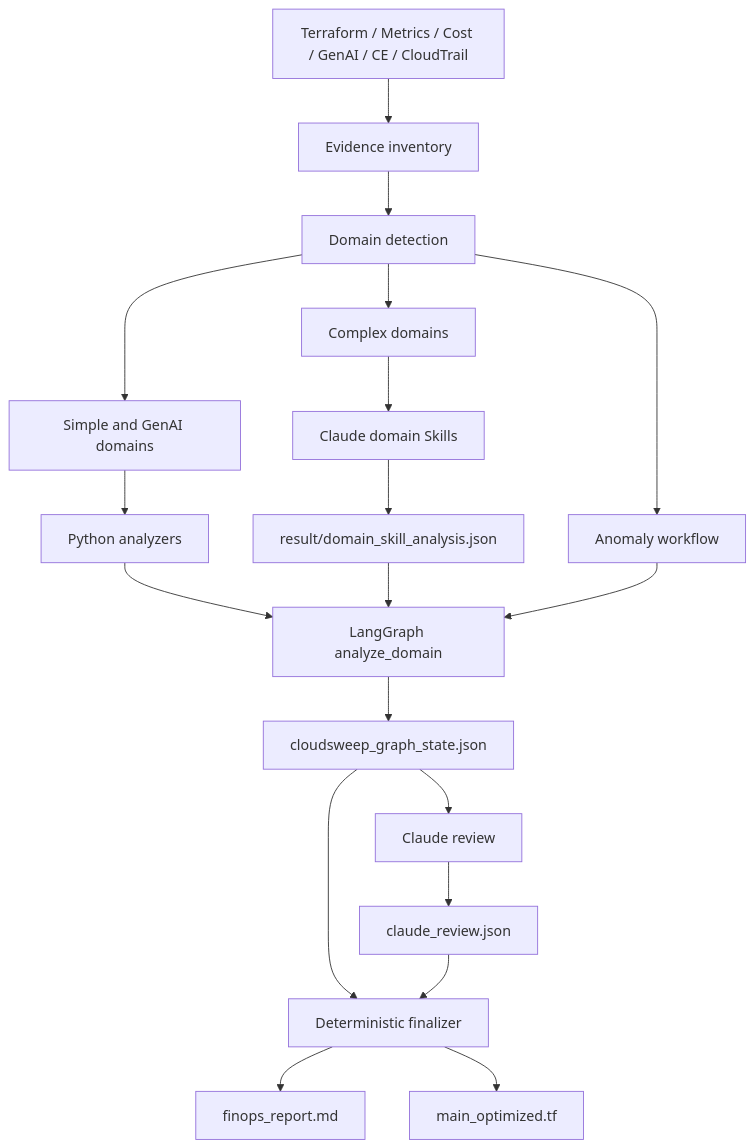
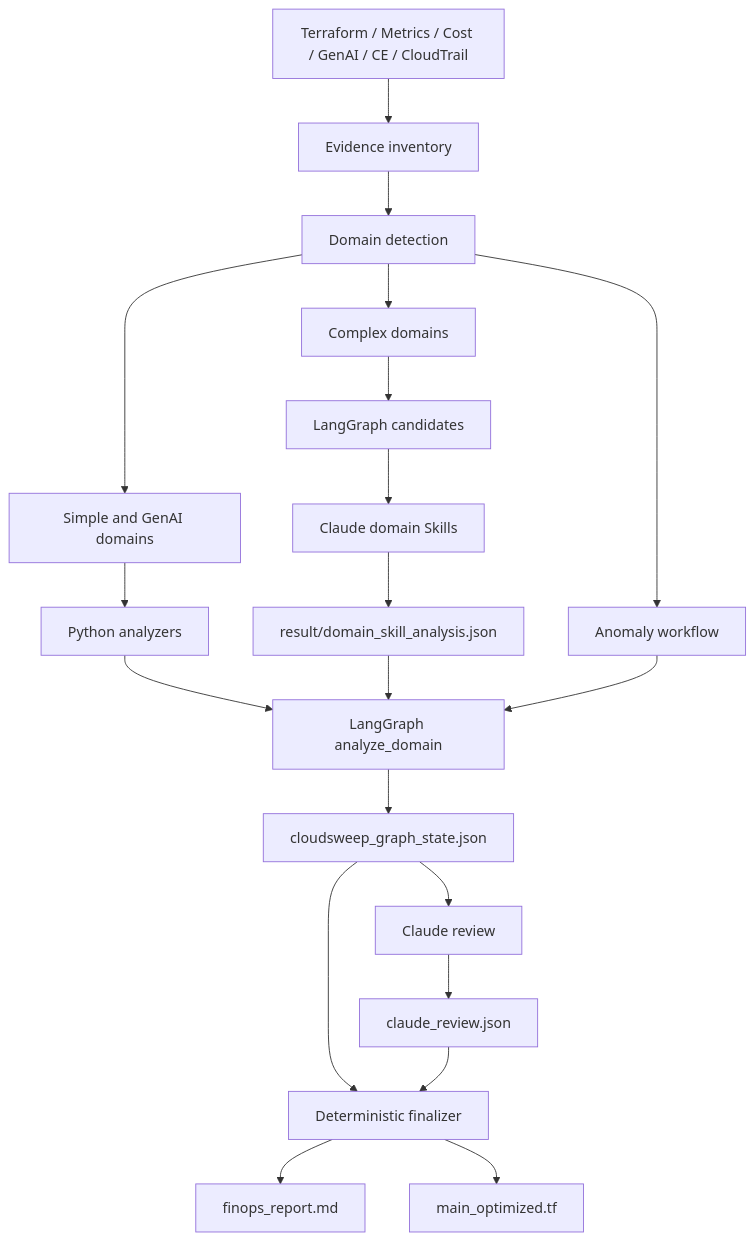
One commit to seoyoungleeme/CloudSweep changed the diagram in README.md. Above: the diagram before and after it, drawn with Mermaid. The commit also changed other lines of this file and 48 other files, not shown here.

````diff
--- a/README.md
+++ b/README.md
@@ -53,25 +55,26 @@
 ```mermaid
 flowchart TD
     INPUT[Terraform / Metrics / Cost / GenAI / CE / CloudTrail] --> INV[Evidence inventory]
     INV --> DET[Domain detection]
 
     DET --> SIMPLE[Simple and GenAI domains]
     DET --> COMPLEX[Complex domains]
     DET --> ANOM[Anomaly workflow]
 
     SIMPLE --> PY[Python analyzers]
-    COMPLEX --> SKILL[Claude domain Skills]
+    COMPLEX --> CANDIDATE[LangGraph candidates]
+    CANDIDATE --> SKILL[Claude domain Skills]
     SKILL --> SKILLJSON[result/domain_skill_analysis.json]
 
     PY --> GRAPH[LangGraph analyze_domain]
     SKILLJSON --> GRAPH
     ANOM --> GRAPH
 
     GRAPH --> STATE[cloudsweep_graph_state.json]
     STATE --> REVIEW[Claude review]
     REVIEW --> REVIEWJSON[claude_review.json]
     STATE --> FINAL[Deterministic finalizer]
     REVIEWJSON --> FINAL
     FINAL --> REPORT[finops_report.md]
     FINAL --> TF[main_optimized.tf]
 ```
````
